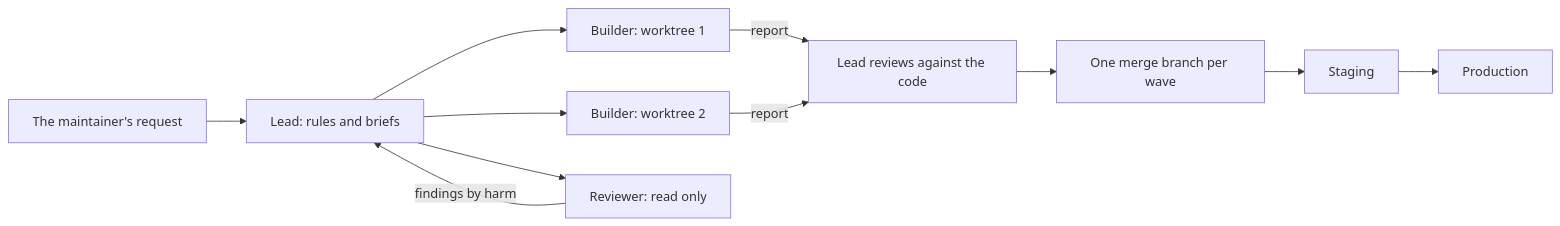
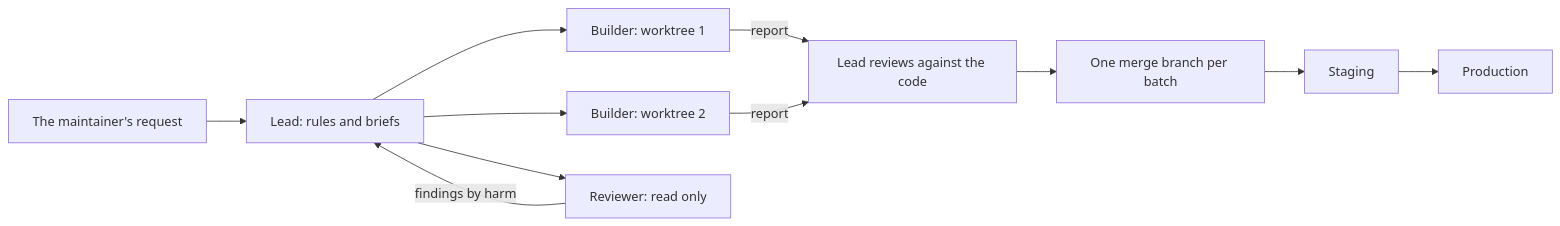
Before and after one commit to buildlab-studio/japacity: the third of 3 diagrams in docs/site/built/working.md, drawn with Mermaid. The commit also changed other lines of this file and 13 other files, not shown here.

````diff
--- a/docs/site/built/working.md
+++ b/docs/site/built/working.md
@@ -212,12 +212,12 @@
 ```mermaid
 flowchart LR
   ask["The maintainer's request"] --> lead["Lead: rules and briefs"]
   lead --> b1["Builder: worktree 1"]
   lead --> b2["Builder: worktree 2"]
   lead --> r["Reviewer: read only"]
   b1 -->|"report"| review["Lead reviews against the code"]
   b2 -->|"report"| review
   r -->|"findings by harm"| lead
-  review --> wave["One merge branch per wave"]
-  wave --> staging["Staging"] --> production["Production"]
+  review --> batch["One merge branch per batch"]
+  batch --> staging["Staging"] --> production["Production"]
 ```
````
